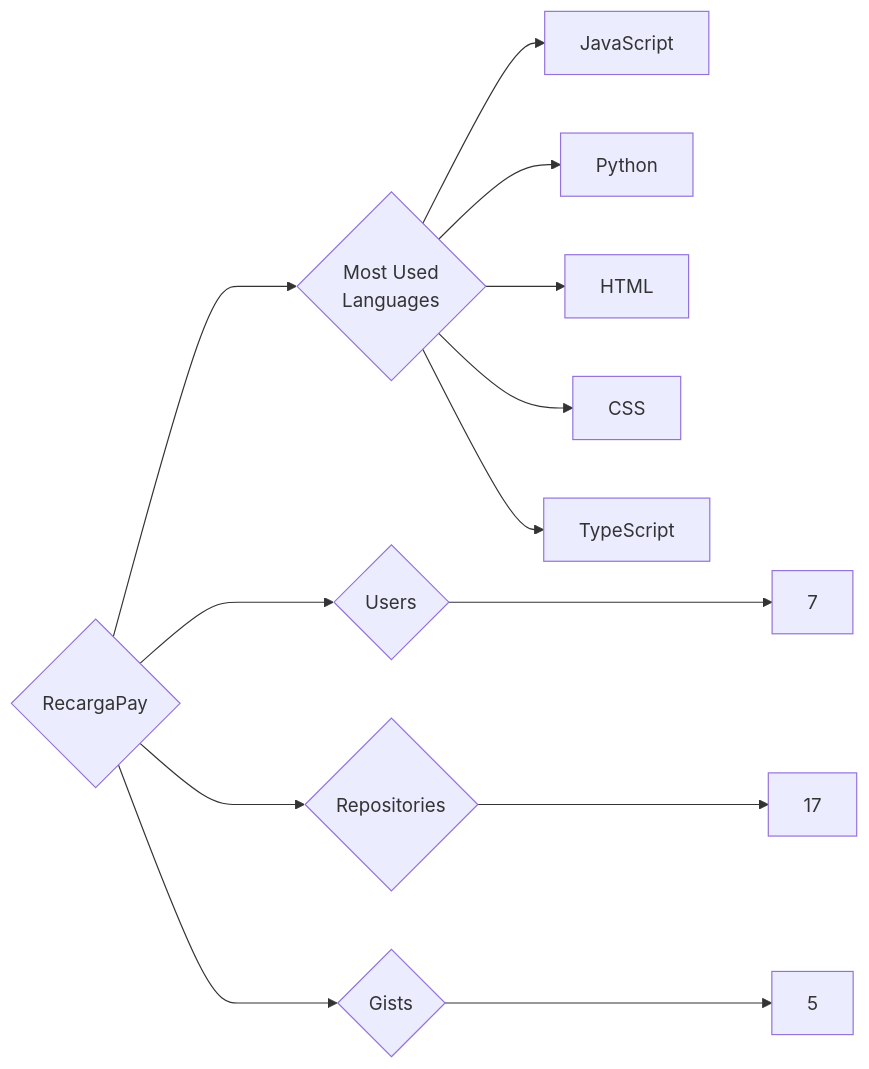
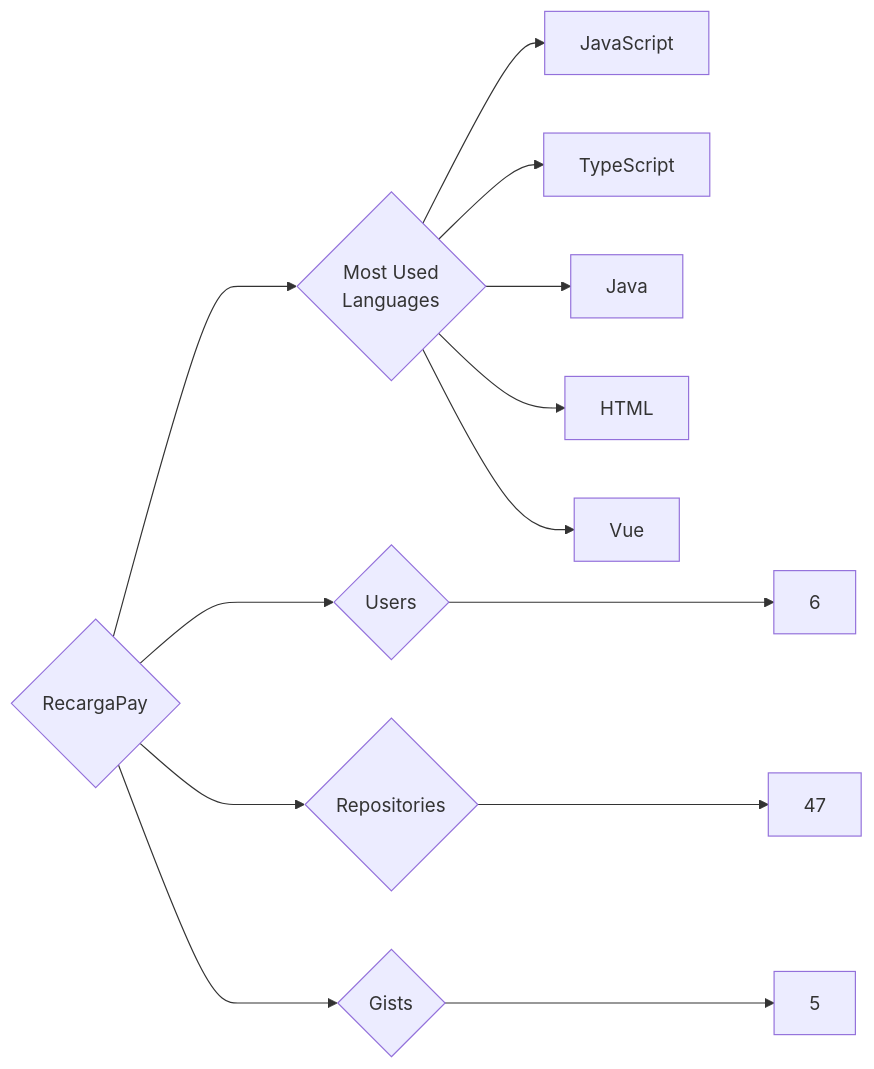
The diagram in targets/RecargaPay/README.md (trickest/insiders), drawn with Mermaid before and after one commit. The commit also changed 797 other files, not shown here.

````diff
--- a/targets/RecargaPay/README.md
+++ b/targets/RecargaPay/README.md
@@ -3,13 +3,13 @@
 ```mermaid
 graph LR
 COMPANY_NAME{RecargaPay}
-COMPANY_NAME ---> U{Users} ---> UN[7]
-COMPANY_NAME ---> R{Repositories} ---> RN[17]
+COMPANY_NAME ---> U{Users} ---> UN[6]
+COMPANY_NAME ---> R{Repositories} ---> RN[47]
 COMPANY_NAME ---> G{Gists} ---> GN[5]
 COMPANY_NAME ---> ML{Most Used<br>Languages}
 ML --> JavaScript[JavaScript]
-ML --> Python[Python]
+ML --> TypeScript[TypeScript]
+ML --> Java[Java]
 ML --> HTML[HTML]
-ML --> CSS[CSS]
-ML --> TypeScript[TypeScript]
+ML --> Vue[Vue]
 ```
````
